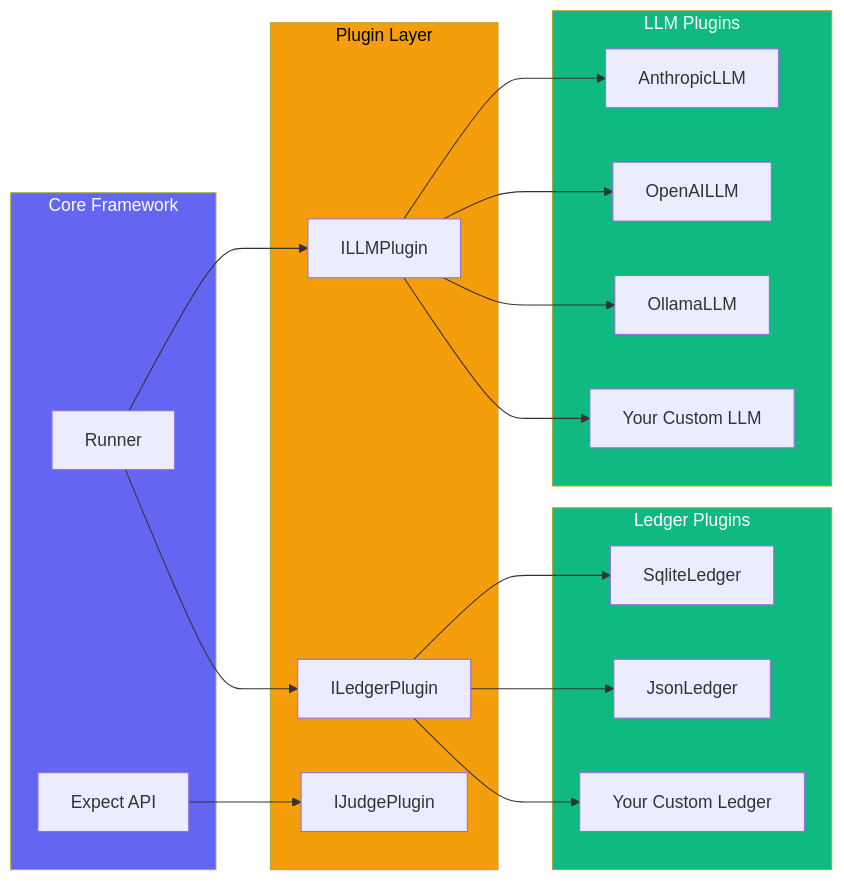
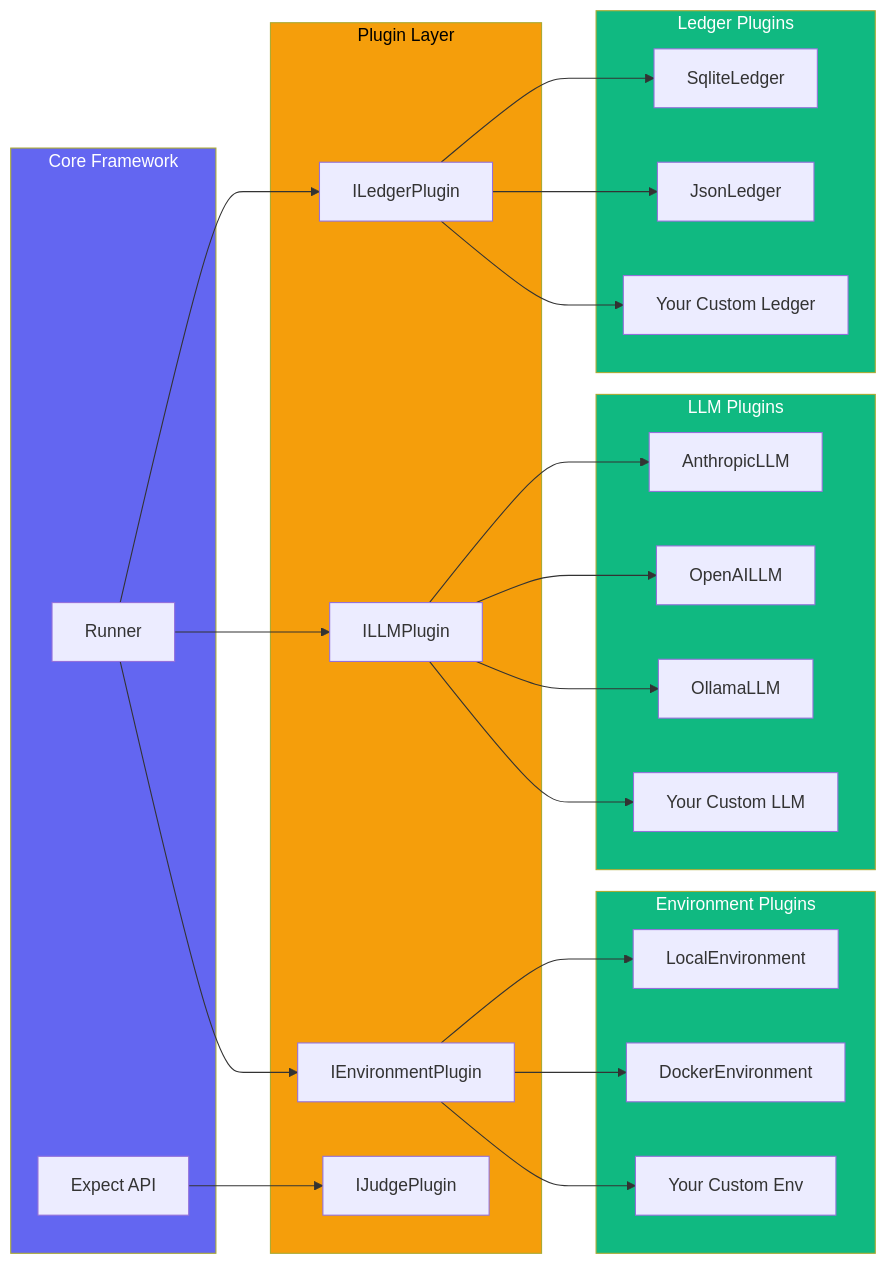
Before and after one commit to Tlahey/agent-eval: the first of 2 diagrams in apps/docs/guide/plugin-architecture.md, drawn with Mermaid. The commit also changed other lines of this file and 23 other files, not shown here.

First line of the commit message:
feat(environment): add IEnvironmentPlugin with LocalEnvironment and DockerEnvironment

````diff
--- a/apps/docs/guide/plugin-architecture.md
+++ b/apps/docs/guide/plugin-architecture.md
@@ -7,44 +7,57 @@
 ```mermaid
 flowchart LR
     subgraph Core["Core Framework"]
         R["Runner"]
         E["Expect API"]
     end
 
     subgraph Plugins["Plugin Layer"]
         LP["ILedgerPlugin"]
         LMP["ILLMPlugin"]
         JP["IJudgePlugin"]
+        EP["IEnvironmentPlugin"]
     end
 
     subgraph Ledger["Ledger Plugins"]
         SQ["SqliteLedger"]
         JS["JsonLedger"]
         CU["Your Custom Ledger"]
     end
 
     subgraph LLM["LLM Plugins"]
         AN["AnthropicLLM"]
         OA["OpenAILLM"]
         OL["OllamaLLM"]
         CL["Your Custom LLM"]
     end
 
+    subgraph EnvImpls["Environment Plugins"]
+        LE["LocalEnvironment"]
+        DE["DockerEnvironment"]
+        CE["Your Custom Env"]
+    end
+
     R --> LP
     R --> LMP
+    R --> EP
     E --> JP
 
     LP --> SQ
     LP --> JS
     LP --> CU
 
     LMP --> AN
     LMP --> OA
     LMP --> OL
     LMP --> CL
 
+    EP --> LE
+    EP --> DE
+    EP --> CE
+
     style Core fill:#6366f1,color:#fff
     style Plugins fill:#f59e0b,color:#000
     style Ledger fill:#10b981,color:#fff
     style LLM fill:#10b981,color:#fff
+    style EnvImpls fill:#10b981,color:#fff
 ```
````
